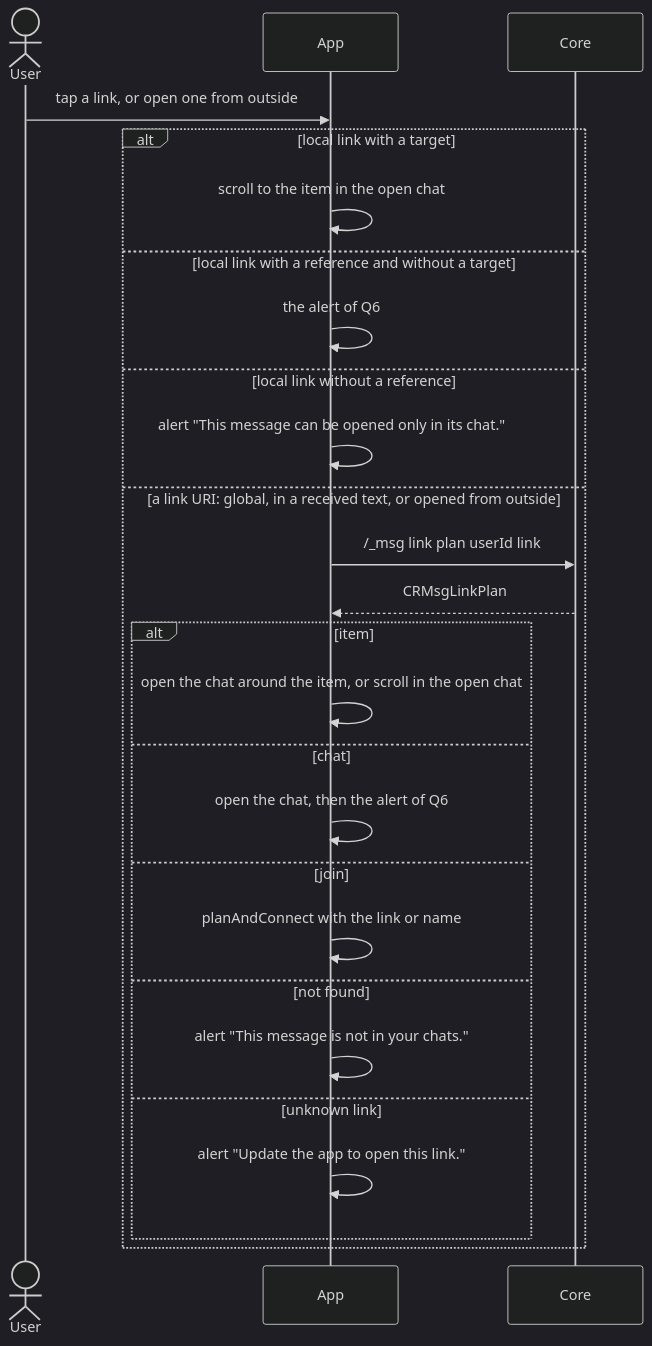
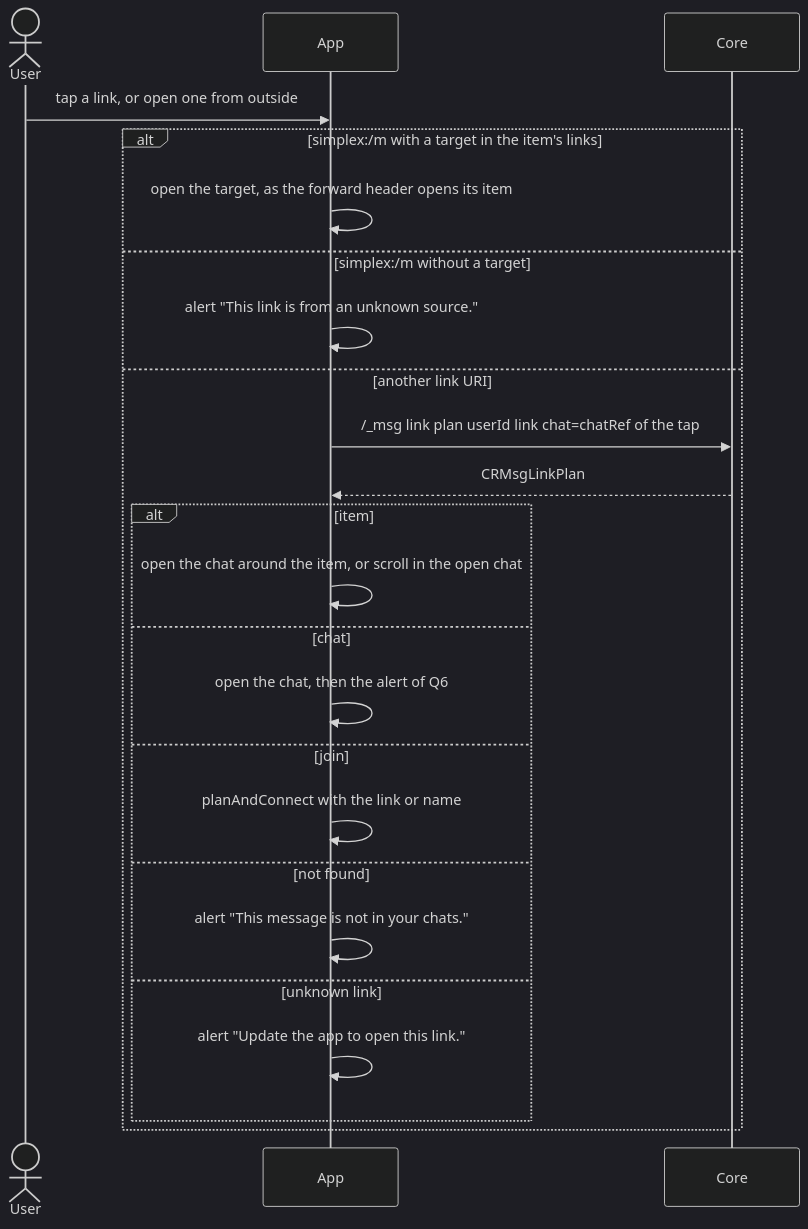
One commit to evgeny-simplex/simplex-chat changed the sixth of 7 diagrams in plans/2026-11-22-message-references.md. Above: the diagram before and after it, drawn with Mermaid (dark theme). The commit also changed other lines of this file, not shown here.

Commit message:
core: plan message links as hyperlinks with references

````diff
--- a/plans/2026-11-22-message-references.md
+++ b/plans/2026-11-22-message-references.md
@@ -438,28 +505,26 @@
 ```mermaid
 sequenceDiagram
   actor U as User
   participant A as App
   participant C as Core
   U->>A: tap a link, or open one from outside
-  alt local link with a target
-    A->>A: scroll to the item in the open chat
-  else local link with a reference and without a target
-    A->>A: the alert of Q6
-  else local link without a reference
-    A->>A: alert "This message can be opened only in its chat."
-  else a link URI: global, in a received text, or opened from outside
-    A->>C: /_msg link plan userId link
+  alt simplex:/m with a target in the item's links
+    A->>A: open the target, as the forward header opens its item
+  else simplex:/m without a target
+    A->>A: alert "This link is from an unknown source."
+  else another link URI
+    A->>C: /_msg link plan userId link chat=chatRef of the tap
     C-->>A: CRMsgLinkPlan
     alt item
       A->>A: open the chat around the item, or scroll in the open chat
     else chat
       A->>A: open the chat, then the alert of Q6
     else join
       A->>A: planAndConnect with the link or name
     else not found
       A->>A: alert "This message is not in your chats."
     else unknown link
       A->>A: alert "Update the app to open this link."
     end
   end
 ```
````
